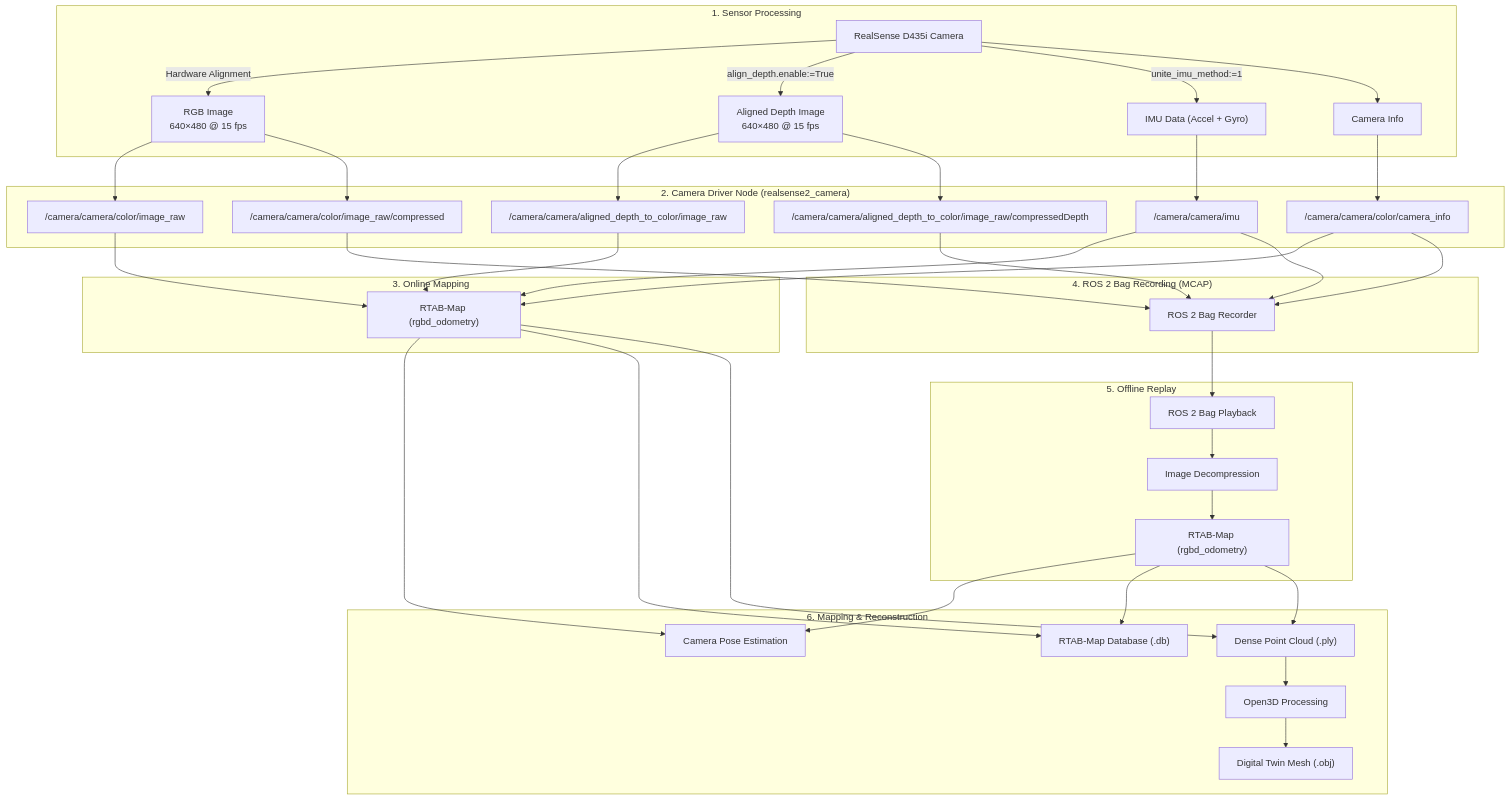
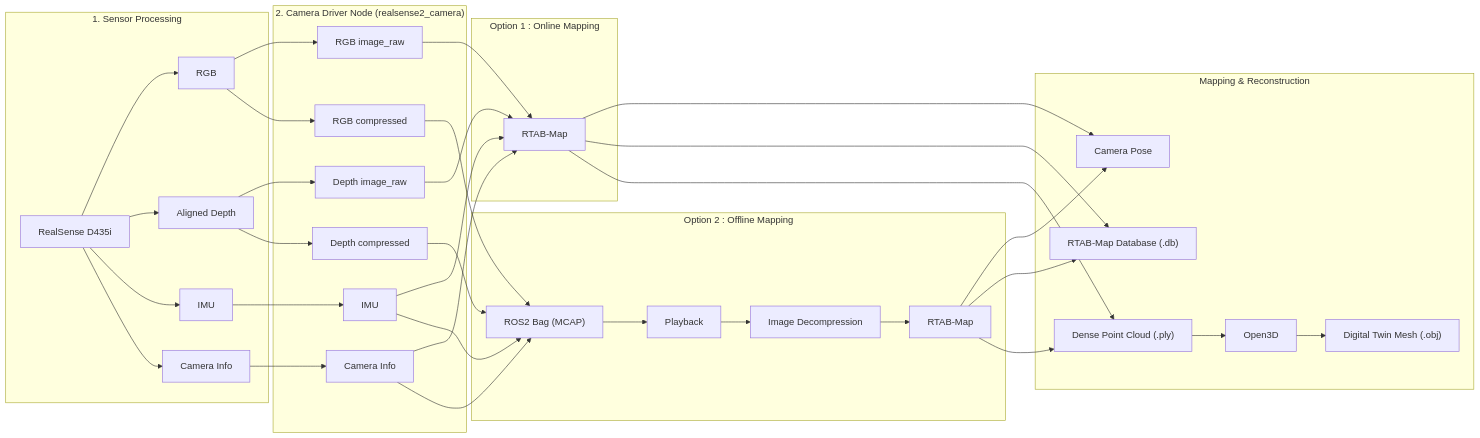
Before and after one commit to juhoimda/auto-mobility: the diagram in README.md, drawn with Mermaid.

Commit message:
docs: 시스템 아키텍처 수정

````diff
--- a/README.md
+++ b/README.md
@@ -11,55 +11,54 @@
 ```mermaid
-graph TD
-    subgraph "1. Sensor Processing"
-        A["RealSense D435i Camera"]
-        A -->|"Hardware Alignment"| B["RGB Image<br/>640×480 @ 15 fps"]
-        A -->|"align_depth.enable:=True"| C["Aligned Depth Image<br/>640×480 @ 15 fps"]
-        A -->|"unite_imu_method:=1"| D["IMU Data (Accel + Gyro)"]
+graph LR
+
+    subgraph S["1. Sensor Processing"]
+        A["RealSense D435i"]
+        A --> B["RGB"]
+        A --> C["Aligned Depth"]
+        A --> D["IMU"]
         A --> E["Camera Info"]
     end
 
-    subgraph "2. Camera Driver Node (realsense2_camera)"
-        B --> F["/camera/camera/color/image_raw"]
-        B --> F2["/camera/camera/color/image_raw/compressed"]
+    subgraph C1["2. Camera Driver Node (realsense2_camera)"]
+        B --> F["RGB image_raw"]
+        C --> G["Depth image_raw"]
 
-        C --> G["/camera/camera/aligned_depth_to_color/image_raw"]
-        C --> G2["/camera/camera/aligned_depth_to_color/image_raw/compressedDepth"]
+        D --> H["IMU"]
+        E --> I["Camera Info"]
 
-        D --> H["/camera/camera/imu"]
-        E --> I["/camera/camera/color/camera_info"]
+        B --> F2["RGB compressed"]
+        C --> G2["Depth compressed"]
     end
 
-    subgraph "3. Online Mapping"
-        F --> J["RTAB-Map (rgbd_odometry)"]
+    subgraph P1["Option 1 : Online Mapping"]
+        F --> J["RTAB-Map"]
         G --> J
         H --> J
         I --> J
     end
 
-    subgraph "4. ROS 2 Bag Recording (MCAP)"
-        F2 --> K["ROS 2 Bag Recorder"]
+    subgraph P2["Option 2 : Offline Mapping"]
+        F2 --> K["ROS2 Bag (MCAP)"]
         G2 --> K
         H --> K
         I --> K
+
+        K --> L["Playback"]
+        L --> M["Image Decompression"]
+        M --> N["RTAB-Map"]
     end
 
-    subgraph "5. Offline Replay"
-        K --> L["ROS 2 Bag Playback"]
-        L --> M["Image Decompression"]
-        M --> J2["RTAB-Map (rgbd_odometry)"]
-    end
+    subgraph R["Mapping & Reconstruction"]
+        J --> X["Camera Pose"]
+        N --> X
 
-    subgraph "6. Mapping & Reconstruction"
-        J --> N["Camera Pose Estimation"]
-        J2 --> N
+        J --> Y["RTAB-Map Database (.db)"]
+        N --> Y
 
-        J --> O["RTAB-Map Database (.db)"]
-        J2 --> O
+        J --> Z["Dense Point Cloud (.ply)"]
+        N --> Z
 
-        J --> P["Dense Point Cloud (.ply)"]
-        J2 --> P
-
-        P --> Q["Open3D Processing"]
-        Q --> R["Digital Twin Mesh (.obj)"]
+        Z --> O["Open3D"]
+        O --> P["Digital Twin Mesh (.obj)"]
     end
 ```
````
